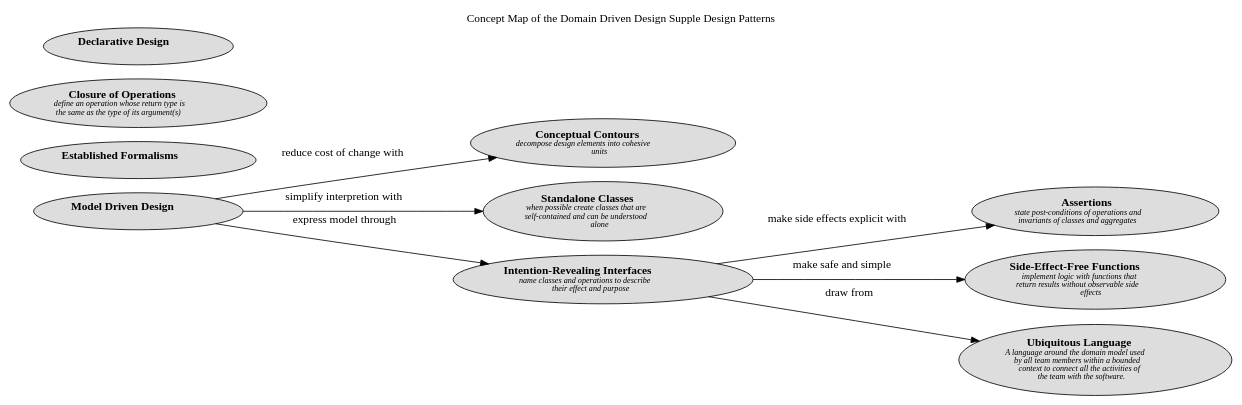
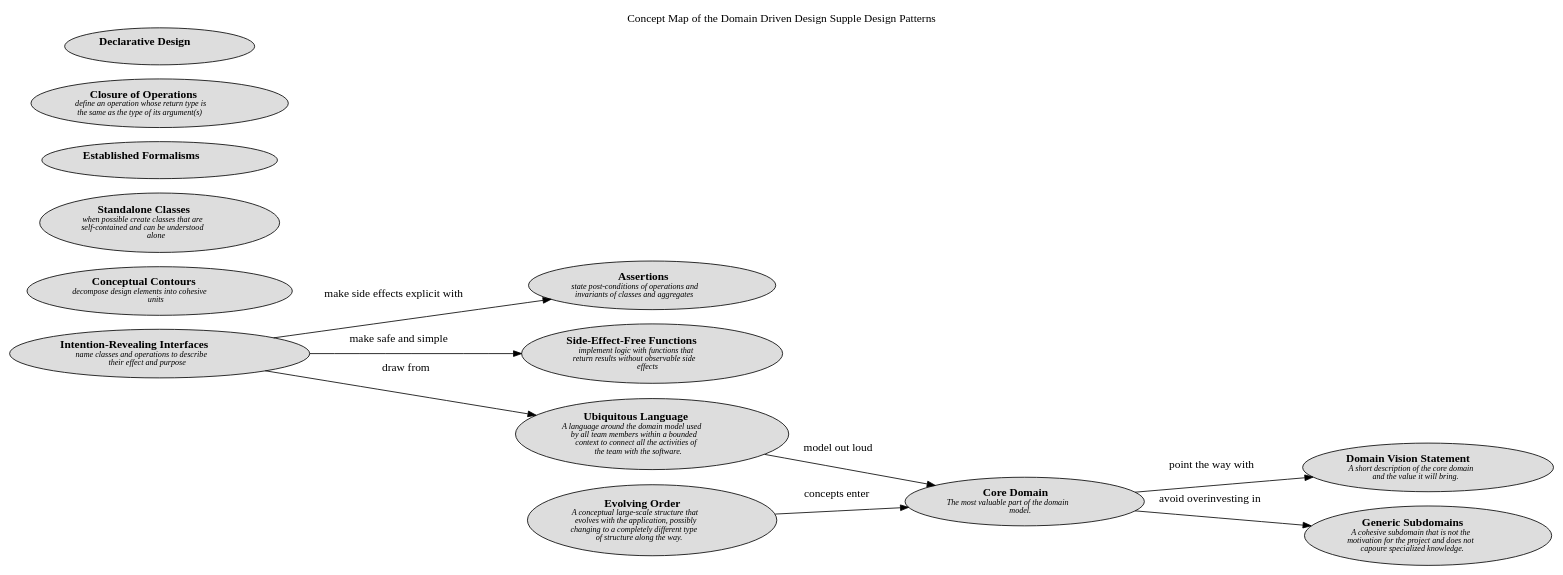
The diagram in docs/software-development/domain-driven-design/supple-design/concept-view.dot (lsolbach/overarch-models), drawn with Graphviz before and after one commit. The commit also changed 28 other files, not shown here.

```diff
--- a/docs/software-development/domain-driven-design/supple-design/concept-view.dot
+++ b/docs/software-development/domain-driven-design/supple-design/concept-view.dot
@@ -1,27 +1,31 @@
 digraph "Concept Map of the Domain Driven Design Supple Design Patterns" {
   labelloc= "t"
   label="Concept Map of the Domain Driven Design Supple Design Patterns"
   rankdir="LR"
 
   layout=dot
 software_development_domain_driven_design_supple_design__assertions [shape=ellipse style=filled fillcolor="#dddddd" label=<<B>Assertions</B><BR/><FONT POINT-SIZE="10"><I>state post-conditions of operations and<BR/>invariants of classes and aggregates </I></FONT>>]
 software_development_domain_driven_design_supple_design__conceptual_contours [shape=ellipse style=filled fillcolor="#dddddd" label=<<B>Conceptual Contours</B><BR/><FONT POINT-SIZE="10"><I>decompose design elements into cohesive<BR/>units </I></FONT>>]
 software_development_domain_driven_design_supple_design__side_effect_free_functions [shape=ellipse style=filled fillcolor="#dddddd" label=<<B>Side-Effect-Free Functions</B><BR/><FONT POINT-SIZE="10"><I>implement logic with functions that<BR/>return results without observable side<BR/>effects </I></FONT>>]
+software_development_domain_driven_design_distillation__c_domain_vision_statement [shape=ellipse style=filled fillcolor="#dddddd" label=<<B>Domain Vision Statement</B><BR/><FONT POINT-SIZE="10"><I>A short description of the core domain<BR/>and the value it will bring. </I></FONT>>]
 software_development_domain_driven_design_modelling__c_ubiquitous_language [shape=ellipse style=filled fillcolor="#dddddd" label=<<B>Ubiquitous Language</B><BR/><FONT POINT-SIZE="10"><I>A language around the domain model used<BR/>by all team members within a bounded<BR/>context to connect all the activities of<BR/>the team with the software. </I></FONT>>]
 software_development_domain_driven_design_supple_design__standalone_classes [shape=ellipse style=filled fillcolor="#dddddd" label=<<B>Standalone Classes</B><BR/><FONT POINT-SIZE="10"><I>when possible create classes that are<BR/>self-contained and can be understood<BR/>alone </I></FONT>>]
 software_development_domain_driven_design_supple_design__established_formalisms [shape=ellipse style=filled fillcolor="#dddddd" label=<<B>Established Formalisms</B><BR/><FONT POINT-SIZE="10"><I> </I></FONT>>]
+software_development_domain_driven_design_large_scale_structure__c_evolving_order [shape=ellipse style=filled fillcolor="#dddddd" label=<<B>Evolving Order</B><BR/><FONT POINT-SIZE="10"><I>A conceptual large-scale structure that<BR/>evolves with the application, possibly<BR/>changing to a completely different type<BR/>of structure along the way. </I></FONT>>]
 software_development_domain_driven_design_supple_design__intention_revealing_interfaces [shape=ellipse style=filled fillcolor="#dddddd" label=<<B>Intention-Revealing Interfaces</B><BR/><FONT POINT-SIZE="10"><I>name classes and operations to describe<BR/>their effect and purpose </I></FONT>>]
+software_development_domain_driven_design_distillation__c_generic_subdomains [shape=ellipse style=filled fillcolor="#dddddd" label=<<B>Generic Subdomains</B><BR/><FONT POINT-SIZE="10"><I>A cohesive subdomain that is not the<BR/>motivation for the project and does not<BR/>capoure specialized knowledge. </I></FONT>>]
 software_development_domain_driven_design_supple_design__closure_of_operations [shape=ellipse style=filled fillcolor="#dddddd" label=<<B>Closure of Operations</B><BR/><FONT POINT-SIZE="10"><I>define an operation whose return type is<BR/>the same as the type of its argument(s) </I></FONT>>]
-software_development_domain_driven_design_modelling__c_model_driven_design [shape=ellipse style=filled fillcolor="#dddddd" label=<<B>Model Driven Design</B><BR/><FONT POINT-SIZE="10"><I> </I></FONT>>]
+software_development_domain_driven_design_distillation__c_core_domain [shape=ellipse style=filled fillcolor="#dddddd" label=<<B>Core Domain</B><BR/><FONT POINT-SIZE="10"><I>The most valuable part of the domain<BR/>model. </I></FONT>>]
 software_development_domain_driven_design_supple_design__declarative_design [shape=ellipse style=filled fillcolor="#dddddd" label=<<B>Declarative Design</B><BR/><FONT POINT-SIZE="10"><I> </I></FONT>>]
  
-software_development_domain_driven_design_modelling__c_model_driven_design -> software_development_domain_driven_design_supple_design__standalone_classes [label=<simplify interpretion with<BR/><FONT POINT-SIZE="10"><I> </I></FONT>>]
-software_development_domain_driven_design_modelling__c_model_driven_design -> software_development_domain_driven_design_supple_design__intention_revealing_interfaces [label=<express model through<BR/><FONT POINT-SIZE="10"><I> </I></FONT>>]
+software_development_domain_driven_design_modelling__c_ubiquitous_language -> software_development_domain_driven_design_distillation__c_core_domain [label=<model out loud<BR/><FONT POINT-SIZE="10"><I> </I></FONT>>]
+software_development_domain_driven_design_distillation__c_core_domain -> software_development_domain_driven_design_distillation__c_generic_subdomains [label=<avoid overinvesting in<BR/><FONT POINT-SIZE="10"><I> </I></FONT>>]
 software_development_domain_driven_design_supple_design__intention_revealing_interfaces -> software_development_domain_driven_design_supple_design__assertions [label=<make side effects explicit with<BR/><FONT POINT-SIZE="10"><I> </I></FONT>>]
+software_development_domain_driven_design_distillation__c_core_domain -> software_development_domain_driven_design_distillation__c_domain_vision_statement [label=<point the way with<BR/><FONT POINT-SIZE="10"><I> </I></FONT>>]
 software_development_domain_driven_design_supple_design__intention_revealing_interfaces -> software_development_domain_driven_design_supple_design__side_effect_free_functions [label=<make safe and simple<BR/><FONT POINT-SIZE="10"><I> </I></FONT>>]
 software_development_domain_driven_design_supple_design__intention_revealing_interfaces -> software_development_domain_driven_design_modelling__c_ubiquitous_language [label=<draw from<BR/><FONT POINT-SIZE="10"><I> </I></FONT>>]
-software_development_domain_driven_design_modelling__c_model_driven_design -> software_development_domain_driven_design_supple_design__conceptual_contours [label=<reduce cost of change with<BR/><FONT POINT-SIZE="10"><I> </I></FONT>>]
+software_development_domain_driven_design_large_scale_structure__c_evolving_order -> software_development_domain_driven_design_distillation__c_core_domain [label=<concepts enter<BR/><FONT POINT-SIZE="10"><I> </I></FONT>>]
  
 }
 
 // (generated by Overarch with template views/view.dot.cmb)
```
